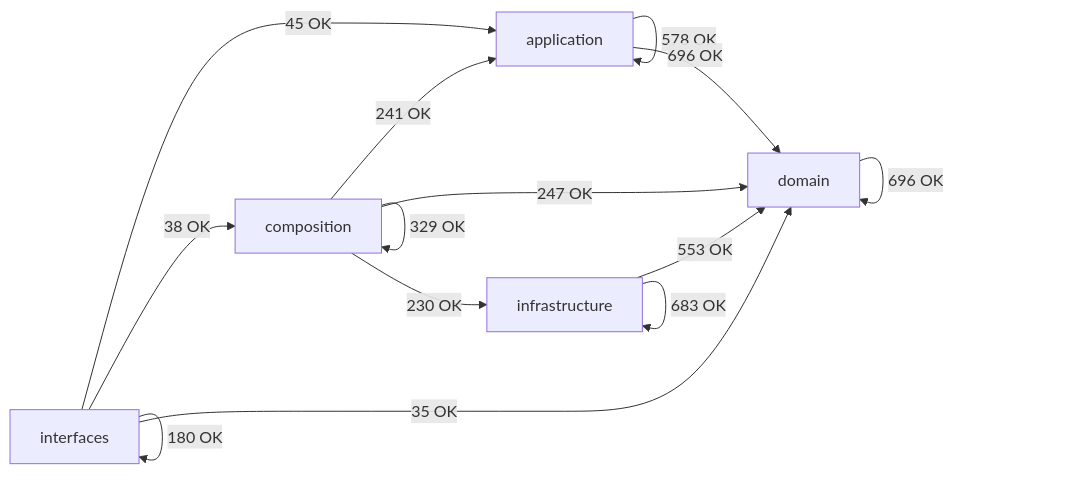
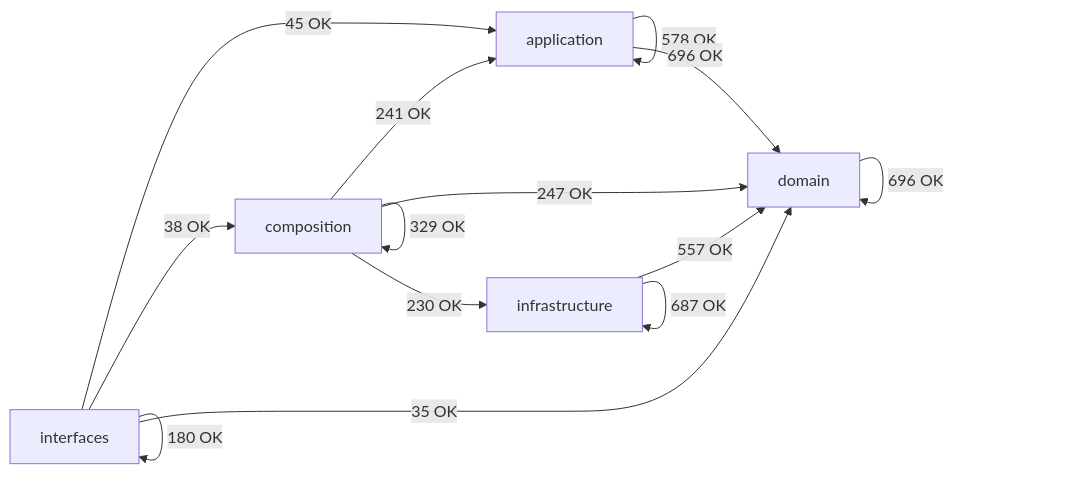
The diagram in docs/02-architecture/generated/module-dependency-map.md (SatoryKono/BioactivityDataAcquisition), drawn with Mermaid before and after one commit. The commit also changed other lines of this file and 7 other files, not shown here.

````diff
--- a/docs/02-architecture/generated/module-dependency-map.md
+++ b/docs/02-architecture/generated/module-dependency-map.md
@@ -16,21 +16,21 @@
 ```mermaid
 flowchart LR
     domain[domain]
     application[application]
     infrastructure[infrastructure]
     composition[composition]
     interfaces[interfaces]
     application -->|578 OK| application
     application -->|696 OK| domain
     composition -->|241 OK| application
     composition -->|329 OK| composition
     composition -->|247 OK| domain
     composition -->|230 OK| infrastructure
     domain -->|696 OK| domain
-    infrastructure -->|553 OK| domain
-    infrastructure -->|683 OK| infrastructure
+    infrastructure -->|557 OK| domain
+    infrastructure -->|687 OK| infrastructure
     interfaces -->|45 OK| application
     interfaces -->|38 OK| composition
     interfaces -->|35 OK| domain
     interfaces -->|180 OK| interfaces
 ```
````
